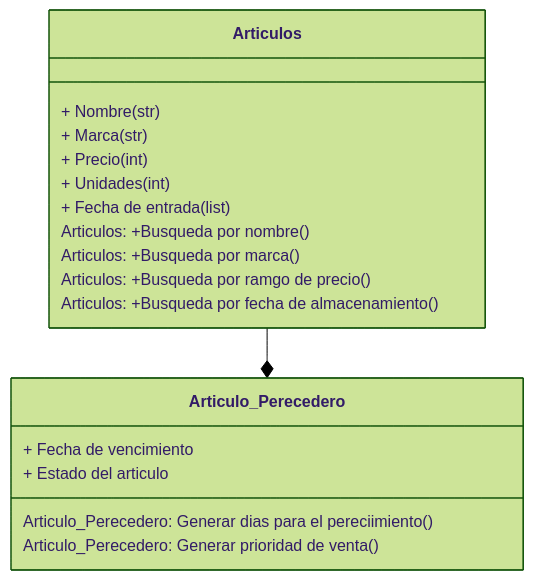
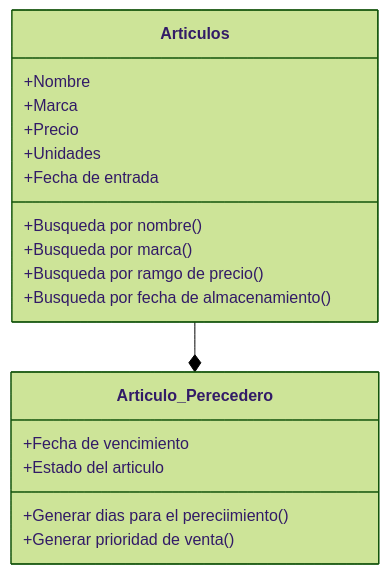
One commit to GabrielHuertas72/Proyecto-POO-GabrielHuertas changed the diagram in README.md. Above: the diagram before and after it, drawn with Mermaid (forest theme).

````diff
--- a/README.md
+++ b/README.md
@@ -10,22 +10,22 @@
 ```mermaid
 classDiagram
     class Articulos{
-        + Nombre (str)
-        + Marca  (str)
-        + Precio (int)
-        + Unidades (int)
-        + Fecha de entrada (list)
-        Articulos: +Busqueda por nombre()
-        Articulos: +Busqueda por marca()
-        Articulos: +Busqueda por ramgo de precio()
-        Articulos: +Busqueda por fecha de almacenamiento()
+        +Nombre 
+        +Marca  
+        +Precio 
+        +Unidades 
+        +Fecha de entrada 
+        +Busqueda por nombre()
+        +Busqueda por marca()
+        +Busqueda por ramgo de precio()
+        +Busqueda por fecha de almacenamiento()
     }
     class Articulo_Perecedero{
-        + Fecha de vencimiento
-        + Estado del articulo
-        Articulo_Perecedero: Generar dias para el pereciimiento()
-        Articulo_Perecedero: Generar prioridad de venta()
+        +Fecha de vencimiento
+        +Estado del articulo
+        +Generar dias para el pereciimiento()
+        +Generar prioridad de venta()
     }
     Articulos --*  Articulo_Perecedero 
 
 ```
````
